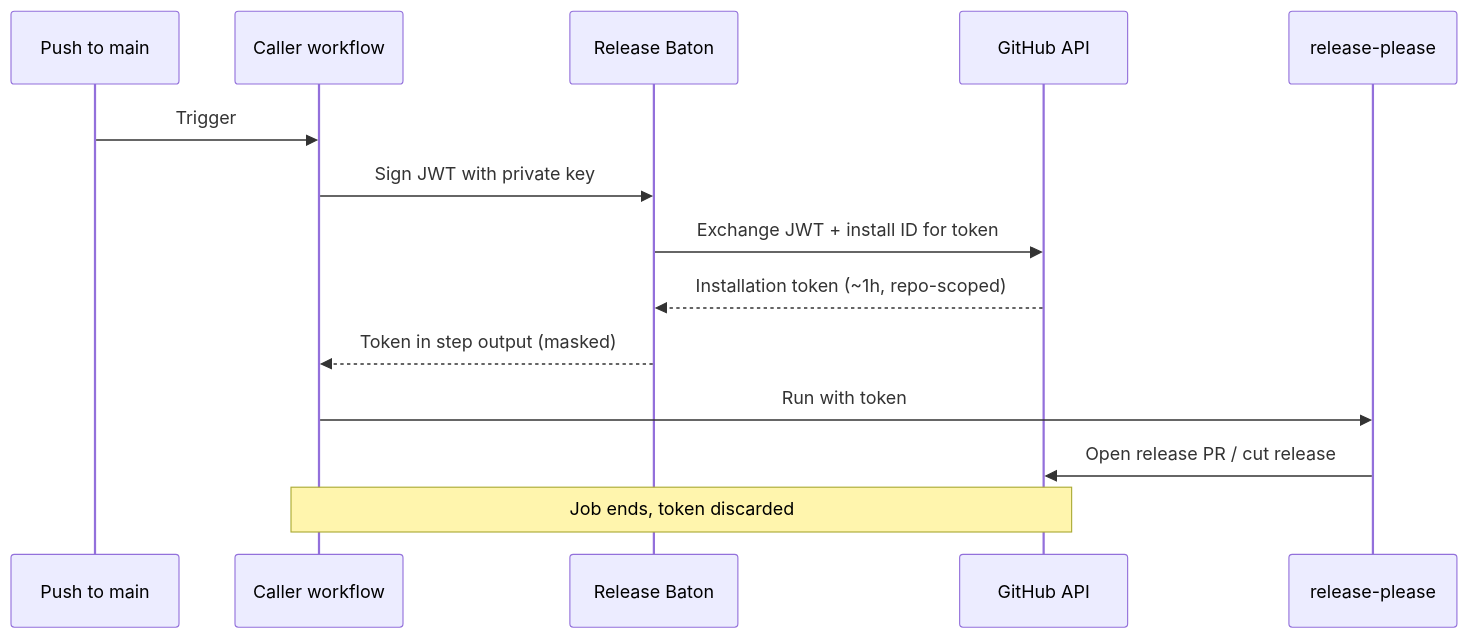
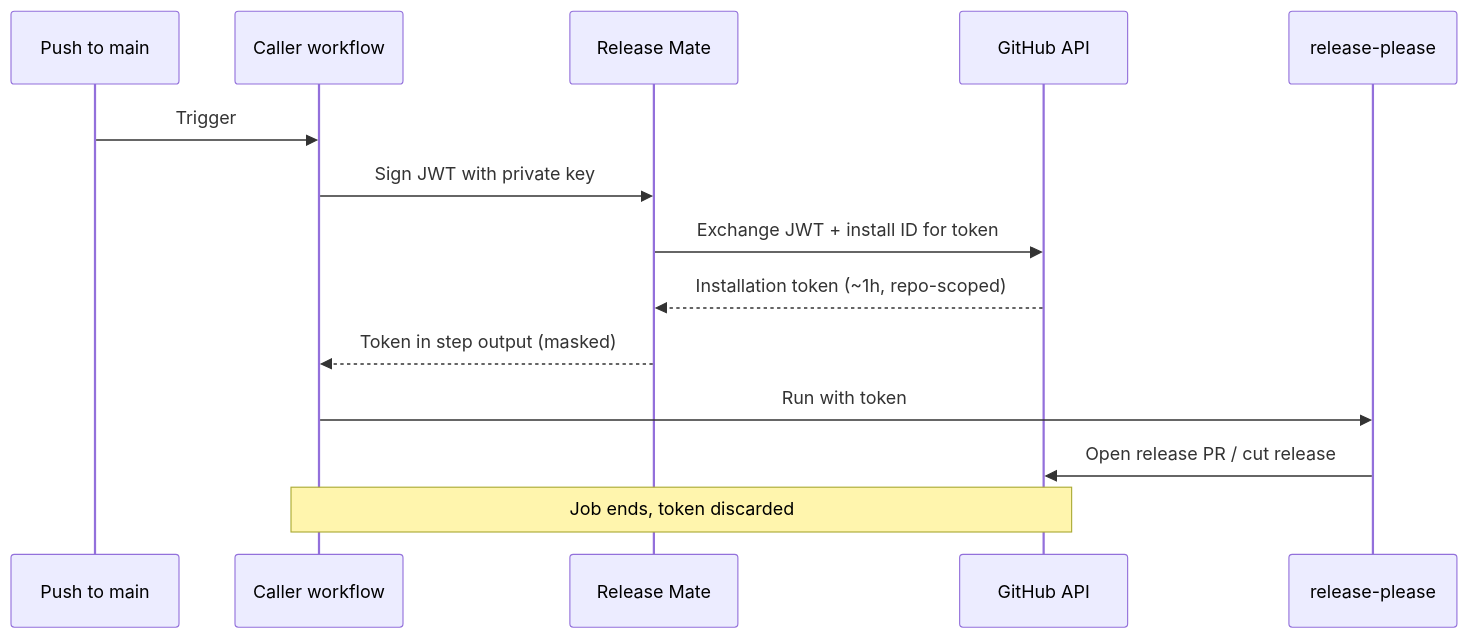
Before and after one commit to release-mate/action: the second of 2 diagrams in README.md, drawn with Mermaid. The commit also changed other lines of this file, not shown here.

First line of the commit message:
docs: Rebrand Release Baton to Release Mate

````diff
--- a/README.md
+++ b/README.md
@@ -195,17 +195,17 @@
 ```mermaid
 sequenceDiagram
     participant Push as Push to main
     participant Caller as Caller workflow
-    participant App as Release Baton
+    participant App as Release Mate
     participant API as GitHub API
     participant RP as release-please
 
     Push->>Caller: Trigger
     Caller->>App: Sign JWT with private key
     App->>API: Exchange JWT + install ID for token
     API-->>App: Installation token (~1h, repo-scoped)
     App-->>Caller: Token in step output (masked)
     Caller->>RP: Run with token
     RP->>API: Open release PR / cut release
     Note over Caller,API: Job ends, token discarded
 ```
````
